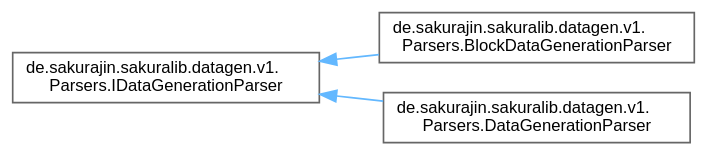
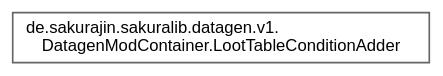
Before and after one commit to noah1510/sakura-lib: the diagram in inherit_graph_9.dot, drawn with Graphviz. The commit also changed 146 other files, not shown here.

```diff
--- a/inherit_graph_9.dot
+++ b/inherit_graph_9.dot
@@ -1,13 +1,9 @@
 digraph "Graphical Class Hierarchy"
 {
  // LATEX_PDF_SIZE
   bgcolor="transparent";
   edge [fontname=Helvetica,fontsize=10,labelfontname=Helvetica,labelfontsize=10];
   node [fontname=Helvetica,fontsize=10,shape=box,height=0.2,width=0.4];
   rankdir="LR";
-  Node0 [label="de.sakurajin.sakuralib.datagen.v1.\lParsers.IDataGenerationParser",height=0.2,width=0.4,color="grey40", fillcolor="white", style="filled",URL="$interfacede_1_1sakurajin_1_1sakuralib_1_1datagen_1_1v1_1_1Parsers_1_1IDataGenerationParser.html",tooltip="This interface is used to parse annotations."];
-  Node0 -> Node1 [dir="back",color="steelblue1",style="solid"];
-  Node1 [label="de.sakurajin.sakuralib.datagen.v1.\lParsers.BlockDataGenerationParser",height=0.2,width=0.4,color="grey40", fillcolor="white", style="filled",URL="$classde_1_1sakurajin_1_1sakuralib_1_1datagen_1_1v1_1_1Parsers_1_1BlockDataGenerationParser.html",tooltip="This parser is used to generate block items for blocks that implement the BlockItemGenerateable inter..."];
-  Node0 -> Node2 [dir="back",color="steelblue1",style="solid"];
-  Node2 [label="de.sakurajin.sakuralib.datagen.v1.\lParsers.DataGenerationParser",height=0.2,width=0.4,color="grey40", fillcolor="white", style="filled",URL="$classde_1_1sakurajin_1_1sakuralib_1_1datagen_1_1v1_1_1Parsers_1_1DataGenerationParser.html",tooltip=" "];
+  Node0 [label="de.sakurajin.sakuralib.datagen.v1.\lDatagenModContainer.LootTableConditionAdder",height=0.2,width=0.4,color="grey40", fillcolor="white", style="filled",URL="$interfacede_1_1sakurajin_1_1sakuralib_1_1datagen_1_1v1_1_1DatagenModContainer_1_1LootTableConditionAdder.html",tooltip=" "];
 }
```
